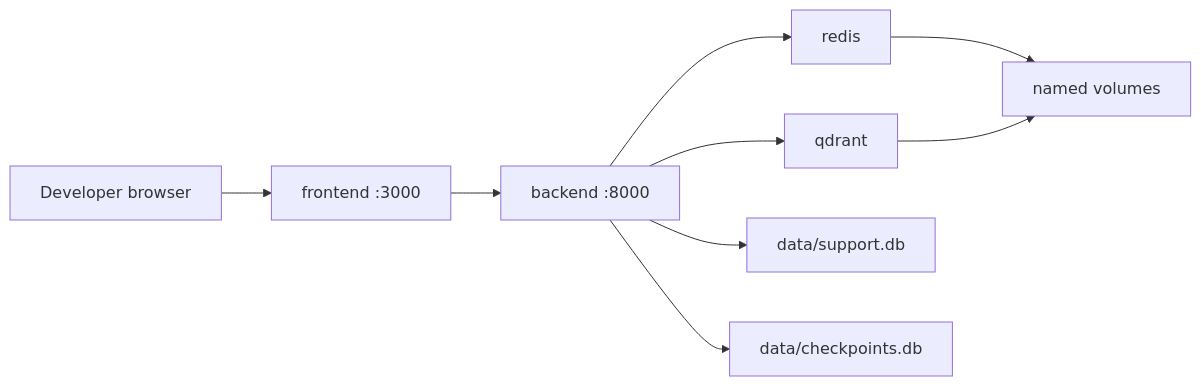
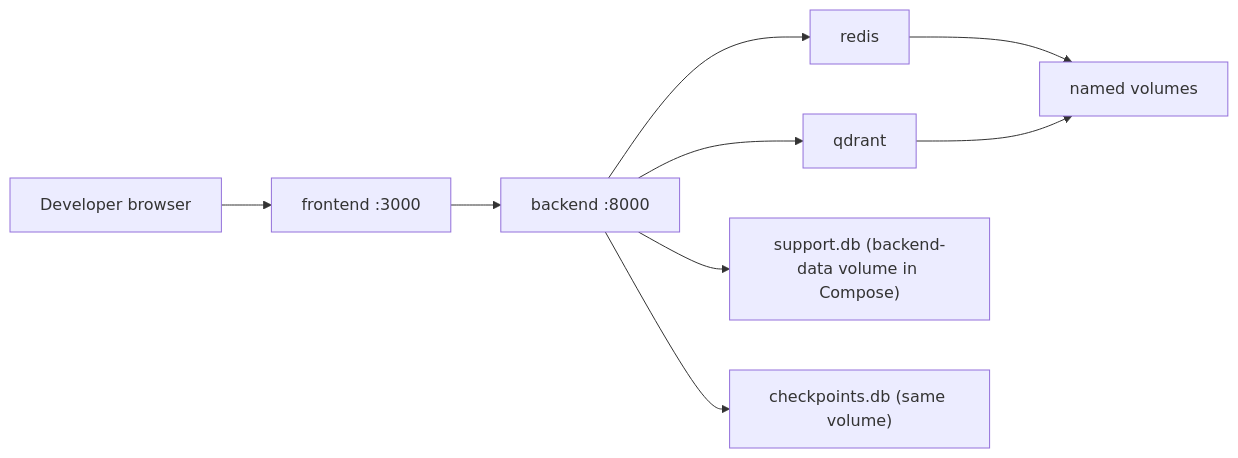
The fifth of 6 diagrams in docs/design/05_ARCHITECTURE.md (emkays-codelabs/clouddesk), drawn with Mermaid before and after one commit. The commit also changed other lines of this file and 50 other files, not shown here.

````diff
--- a/docs/design/05_ARCHITECTURE.md
+++ b/docs/design/05_ARCHITECTURE.md
@@ -626,11 +626,11 @@
 ```mermaid
 flowchart LR
   Dev[Developer browser] --> Web["frontend :3000"]
   Web --> Api["backend :8000"]
   Api --> RedisC[redis]
   Api --> QdrantC[qdrant]
-  Api --> SupportDB["data/support.db"]
-  Api --> Checkpoint["data/checkpoints.db"]
+  Api --> SupportDB["support.db (backend-data volume in Compose)"]
+  Api --> Checkpoint["checkpoints.db (same volume)"]
   RedisC --> Vol[named volumes]
   QdrantC --> Vol
 ```
````
